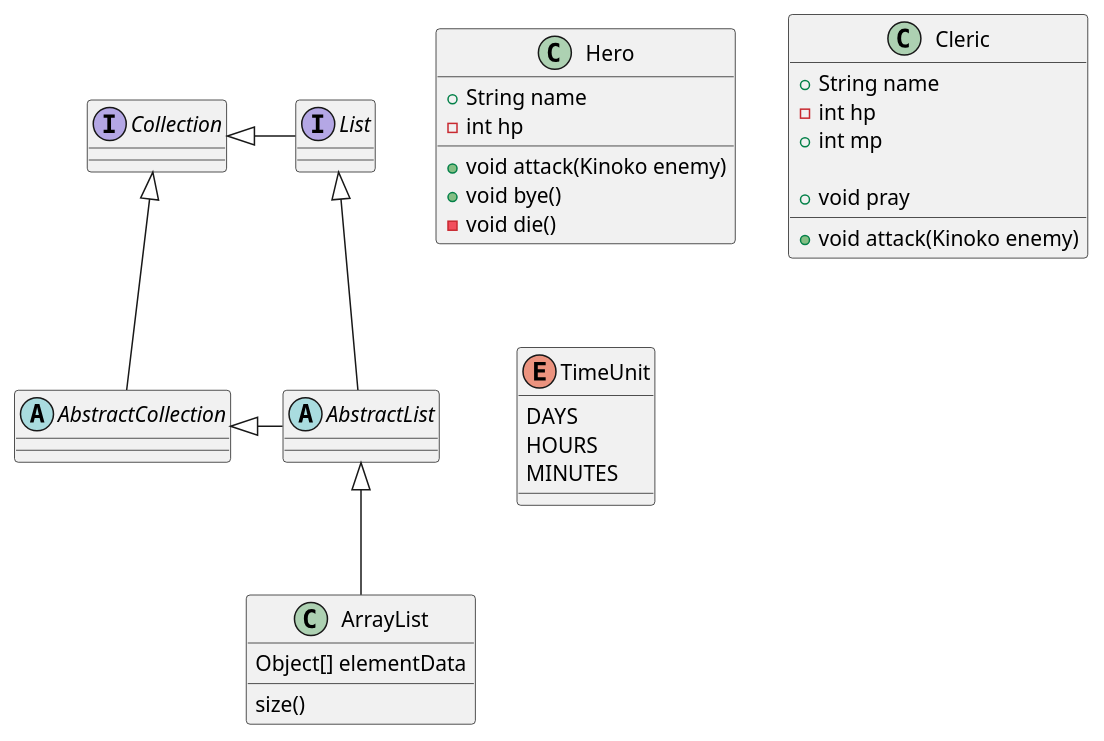
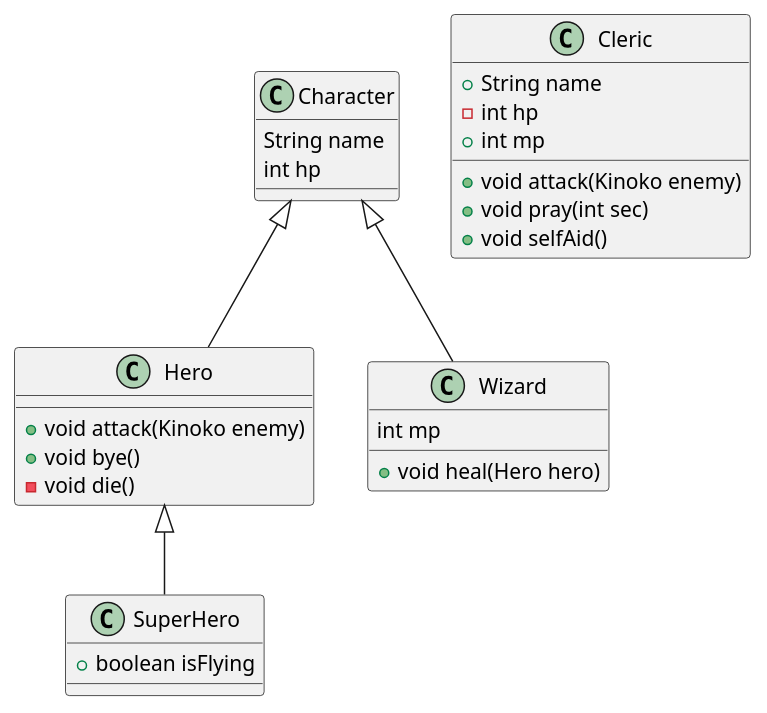
The diagram in src/main/java/com/survivalcoding/assignments_01_instance/exam01/game.puml (SurvivalCodingCampus/polytech_java_study), drawn with PlantUML before and after one commit. The commit also changed 7 other files, not shown here.

```diff
--- a/src/main/java/com/survivalcoding/assignments_01_instance/exam01/game.puml
+++ b/src/main/java/com/survivalcoding/assignments_01_instance/exam01/game.puml
@@ -1,45 +1,33 @@
 @startuml
 'https://plantuml.com/class-diagram
 
-class Hero{
-    + String name
-    - int hp
+class SuperHero extends Hero{
+    + boolean isFlying
+}
+class Character{
+    String name
+    int hp
+}
 
+class Wizard extends Character{
+    int mp
+    + void heal(Hero hero)
+}
+
+class Hero extends Character {
     + void attack(Kinoko enemy)
     + void bye()
     - void die()
 }
 
 class Cleric{
     + String name
     - int hp
     + int mp
 
     + void attack(Kinoko enemy)
-    + void pray
-}
-
-abstract class AbstractList
-abstract AbstractCollection
-interface List
-interface Collection
-
-List <|-- AbstractList
-Collection <|-- AbstractCollection
-
-Collection <|- List
-AbstractCollection <|- AbstractList
-AbstractList <|-- ArrayList
-
-class ArrayList {
-Object[] elementData
-size()
-}
-
-enum TimeUnit {
-DAYS
-HOURS
-MINUTES
+    + void pray(int sec)
+    + void selfAid()
 }
 
 @enduml
```
